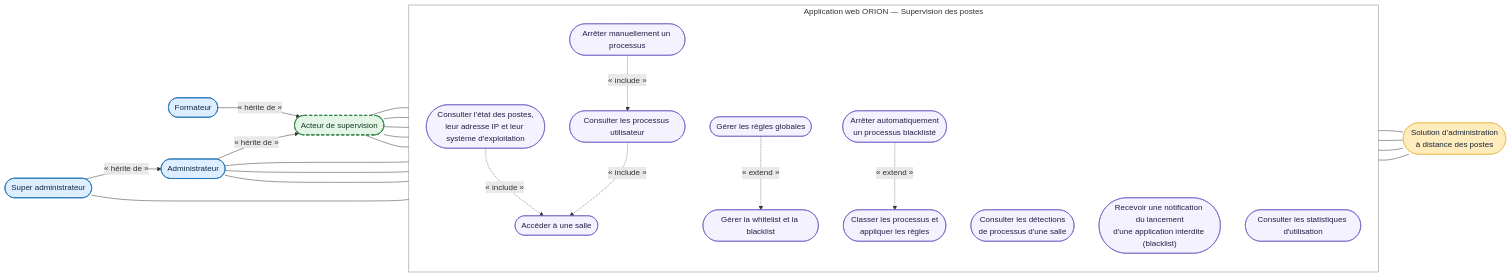
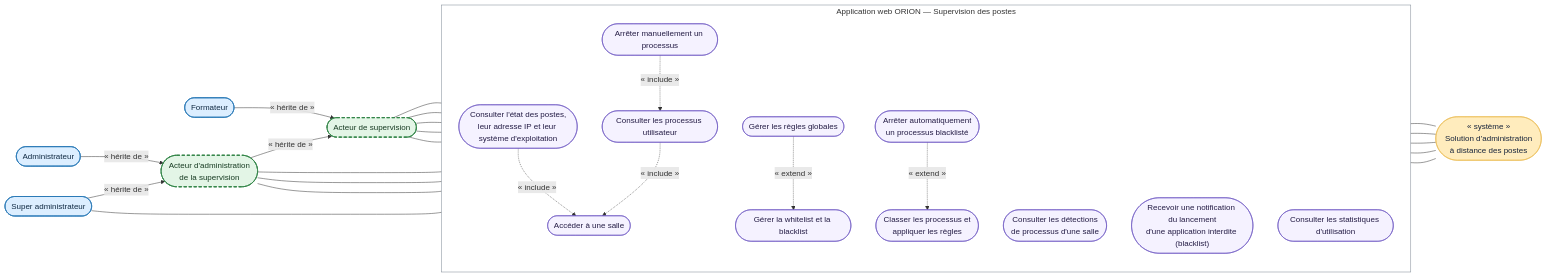
One commit to bpierrelouis/aster changed the diagram in docs/02-ANALYSE/02-CAPTURE-DES-BESOINS/05-DCU-SUPERVISION-POSTES.md. Above: the diagram before and after it, drawn with Mermaid. The commit also changed other lines of this file and 34 other files, not shown here.

First line of the commit message:
docs(diagrammes): aligner les diagrammes UML sur le code et les remettre en page

````diff
--- a/docs/02-ANALYSE/02-CAPTURE-DES-BESOINS/05-DCU-SUPERVISION-POSTES.md
+++ b/docs/02-ANALYSE/02-CAPTURE-DES-BESOINS/05-DCU-SUPERVISION-POSTES.md
@@ -9,60 +9,63 @@
 ```mermaid
 flowchart LR
     acteurSupervision(["Acteur de supervision"])
     formateur(["Formateur"])
     administrateur(["Administrateur"])
     superAdministrateur(["Super administrateur"])
+    acteurAdministrationSupervision(["Acteur d'administration<br/>de la supervision"])
 
     formateur -->|« hérite de »| acteurSupervision
-    administrateur -->|« hérite de »| acteurSupervision
-    superAdministrateur -->|« hérite de »| administrateur
+    acteurAdministrationSupervision -->|« hérite de »| acteurSupervision
+    administrateur -->|« hérite de »| acteurAdministrationSupervision
+    superAdministrateur -->|« hérite de »| acteurAdministrationSupervision
 
     subgraph orion["Application web ORION — Supervision des postes"]
         direction TB
         accederSalle(["Accéder à une salle"])
         consulterEtat(["Consulter l'état des postes,<br/>leur adresse IP et leur système d'exploitation"])
         consulterProcessus(["Consulter les processus utilisateur"])
         arreterProcessus(["Arrêter manuellement un processus"])
         gererListes(["Gérer la whitelist et la blacklist"])
         gererReglesGlobales(["Gérer les règles globales"])
         appliquerRegles(["Classer les processus et<br/>appliquer les règles"])
         arreterInterdit(["Arrêter automatiquement<br/>un processus blacklisté"])
         consulterAlertes(["Consulter les détections<br/>de processus d'une salle"])
         recevoirAlerte(["Recevoir une notification du lancement<br/>d'une application interdite (blacklist)"])
         consulterStatistiques(["Consulter les statistiques d'utilisation"])
     end
 
-    administrationDistante(["Solution d’administration<br/>à distance des postes"])
+    administrationDistante(["« système »<br/>Solution d’administration<br/>à distance des postes"])
 
     acteurSupervision --- accederSalle
     acteurSupervision --- consulterEtat
     acteurSupervision --- consulterProcessus
     acteurSupervision --- arreterProcessus
     acteurSupervision --- consulterAlertes
-    administrateur --- gererListes
-    administrateur --- consulterStatistiques
-    administrateur --- recevoirAlerte
+    acteurAdministrationSupervision --- gererListes
+    acteurAdministrationSupervision --- consulterStatistiques
+    acteurAdministrationSupervision --- recevoirAlerte
     superAdministrateur --- gererReglesGlobales
 
     consulterEtat -.->|« include »| accederSalle
     consulterProcessus -.->|« include »| accederSalle
     arreterProcessus -.->|« include »| consulterProcessus
     gererReglesGlobales -.->|« extend »| gererListes
     arreterInterdit -.->|« extend »| appliquerRegles
 
     consulterEtat --- administrationDistante
     consulterProcessus --- administrationDistante
     arreterProcessus --- administrationDistante
     appliquerRegles --- administrationDistante
+    arreterInterdit --- administrationDistante
 
     classDef acteurReel fill:#DCEEFF,stroke:#2878B5,color:#102A43,stroke-width:1.5px
     classDef acteurAbstrait fill:#E3F5E6,stroke:#35864A,color:#173B22,stroke-width:2px,stroke-dasharray:6 4
     classDef acteurSecondaire fill:#FFECBD,stroke:#E8B84E,color:#17243B
     classDef casUtilisation fill:#F5F2FF,stroke:#6954C0,color:#241C45
     class formateur,administrateur,superAdministrateur acteurReel
-    class acteurSupervision acteurAbstrait
+    class acteurSupervision,acteurAdministrationSupervision acteurAbstrait
     class administrationDistante acteurSecondaire
     class accederSalle,consulterEtat,consulterProcessus,arreterProcessus,gererListes,gererReglesGlobales,appliquerRegles,arreterInterdit,consulterAlertes,recevoirAlerte,consulterStatistiques casUtilisation
 
     style orion fill:none,stroke:#7D8793,stroke-width:1px
 ```
````
